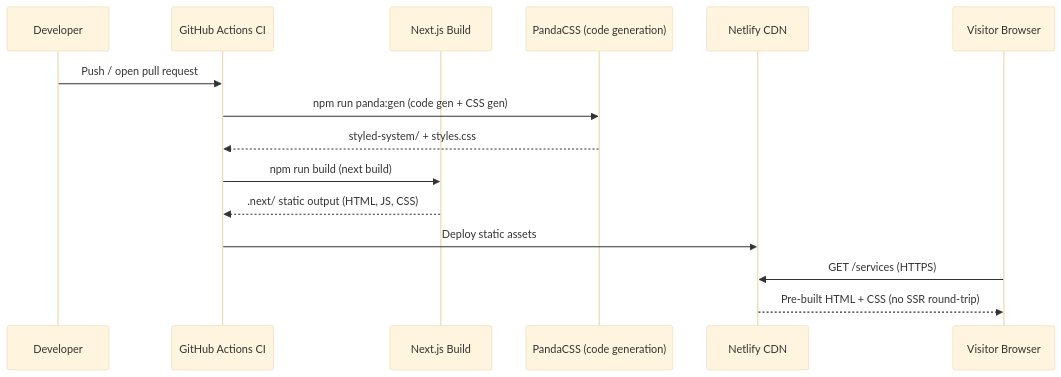
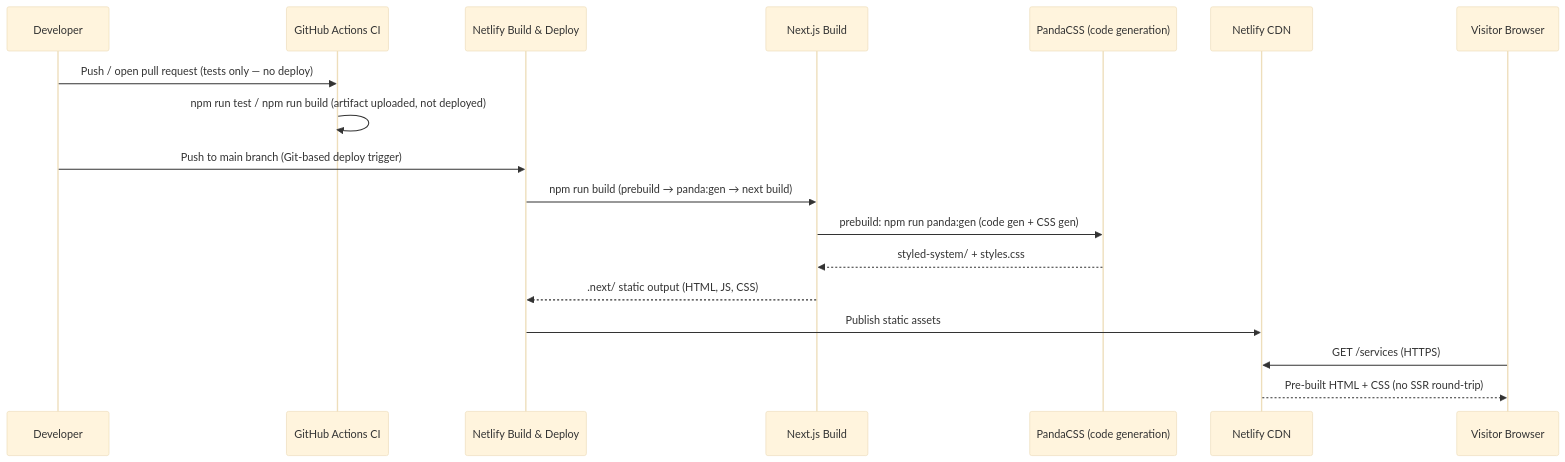
One commit to ivanoats/sustainablewebsites2 changed the first of 2 diagrams in docs/data-flows.md. Above: the diagram before and after it, drawn with Mermaid (base theme). The commit also changed other lines of this file and 3 other files, not shown here.

Commit message:
Apply reviewer corrections to architecture docs: fix CI/deploy separation, form encoding, and token descriptions

````diff
--- a/docs/data-flows.md
+++ b/docs/data-flows.md
@@ -12,18 +12,21 @@
 ```mermaid
 sequenceDiagram
   participant Dev as Developer
   participant CI as GitHub Actions CI
+  participant Netlify as Netlify Build & Deploy
   participant NB as Next.js Build
   participant Panda as PandaCSS (code generation)
   participant CDN as Netlify CDN
   participant Browser as Visitor Browser
 
-  Dev->>CI: Push / open pull request
-  CI->>Panda: npm run panda:gen (code gen + CSS gen)
-  Panda-->>CI: styled-system/ + styles.css
-  CI->>NB: npm run build (next build)
-  NB-->>CI: .next/ static output (HTML, JS, CSS)
-  CI->>CDN: Deploy static assets
+  Dev->>CI: Push / open pull request (tests only — no deploy)
+  CI->>CI: npm run test / npm run build (artifact uploaded, not deployed)
+  Dev->>Netlify: Push to main branch (Git-based deploy trigger)
+  Netlify->>NB: npm run build (prebuild → panda:gen → next build)
+  NB->>Panda: prebuild: npm run panda:gen (code gen + CSS gen)
+  Panda-->>NB: styled-system/ + styles.css
+  NB-->>Netlify: .next/ static output (HTML, JS, CSS)
+  Netlify->>CDN: Publish static assets
   Browser->>CDN: GET /services (HTTPS)
   CDN-->>Browser: Pre-built HTML + CSS (no SSR round-trip)
 ```
````
